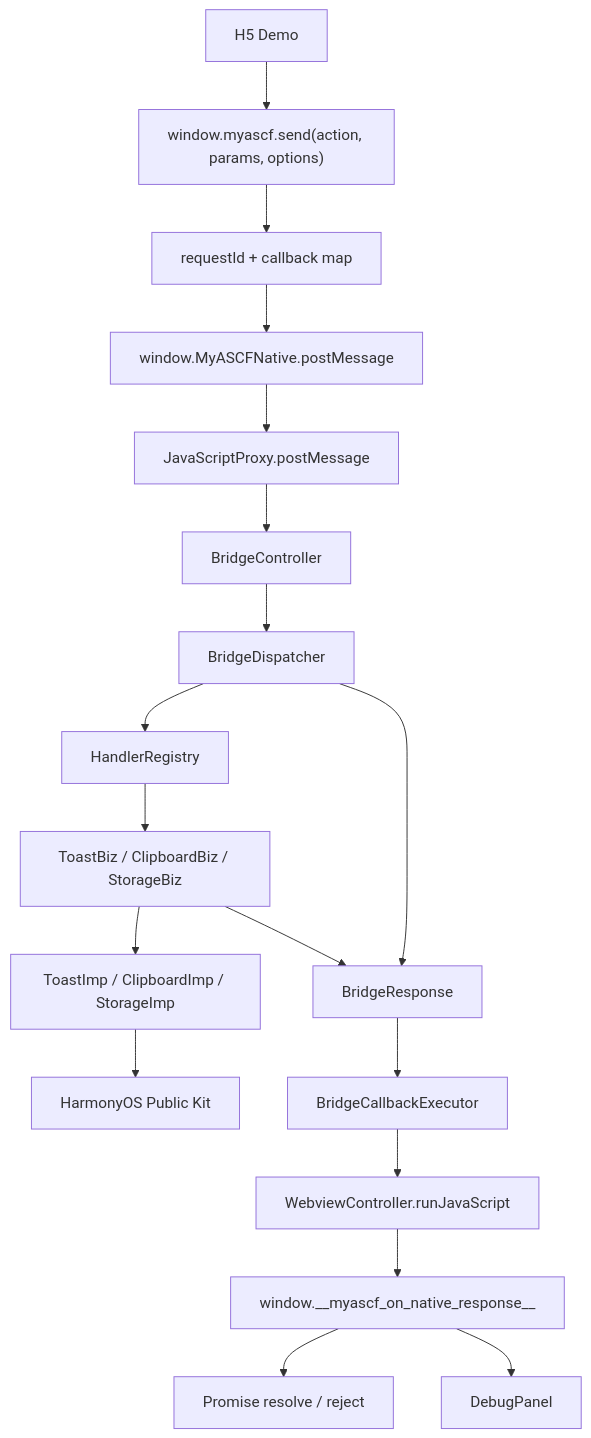
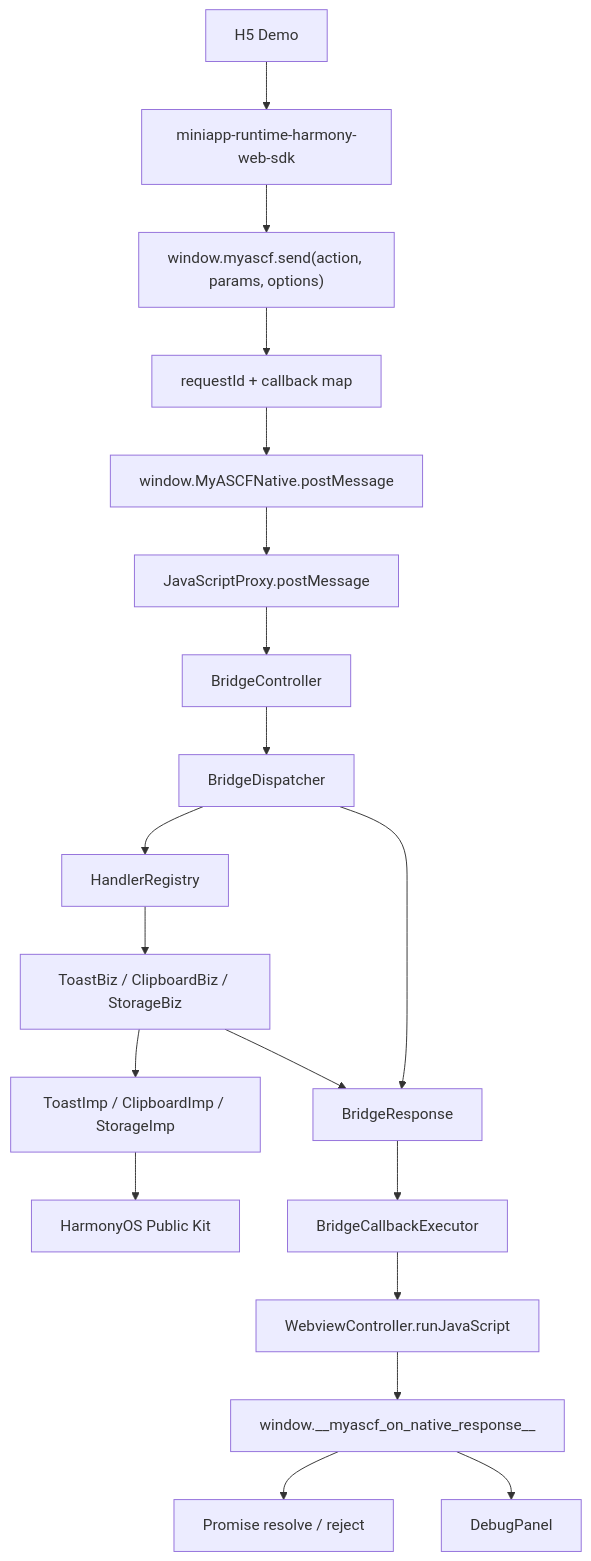
One commit to lichenyang5/MiniAppRuntime-Harmony changed the diagram in docs/architecture/jsbridge-architecture.md. Above: the diagram before and after it, drawn with Mermaid. The commit also changed other lines of this file and 38 other files, not shown here.

````diff
--- a/docs/architecture/jsbridge-architecture.md
+++ b/docs/architecture/jsbridge-architecture.md
@@ -7,20 +7,21 @@
 ```mermaid
 flowchart TD
-  H5["H5 Demo"] --> Send["window.myascf.send(action, params, options)"]
+  H5["H5 Demo"] --> SDK["miniapp-runtime-harmony-web-sdk"]
+  SDK --> Send["window.myascf.send(action, params, options)"]
   Send --> Request["requestId + callback map"]
   Request --> Native["window.MyASCFNative.postMessage"]
   Native --> Proxy["JavaScriptProxy.postMessage"]
   Proxy --> Controller["BridgeController"]
   Controller --> Dispatcher["BridgeDispatcher"]
   Dispatcher --> Registry["HandlerRegistry"]
   Registry --> Biz["ToastBiz / ClipboardBiz / StorageBiz"]
   Biz --> Imp["ToastImp / ClipboardImp / StorageImp"]
   Imp --> Kit["HarmonyOS Public Kit"]
   Biz --> Response["BridgeResponse"]
   Dispatcher --> Response
   Response --> Callback["BridgeCallbackExecutor"]
   Callback --> RunJS["WebviewController.runJavaScript"]
   RunJS --> H5Callback["window.__myascf_on_native_response__"]
   H5Callback --> Promise["Promise resolve / reject"]
   H5Callback --> Debug["DebugPanel"]
 ```
````
